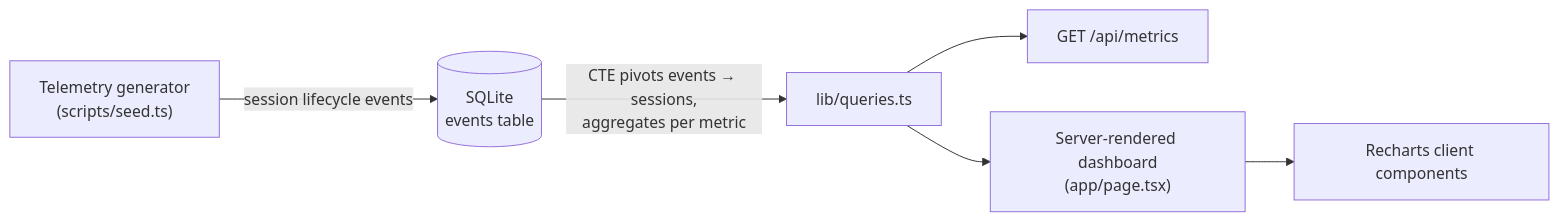
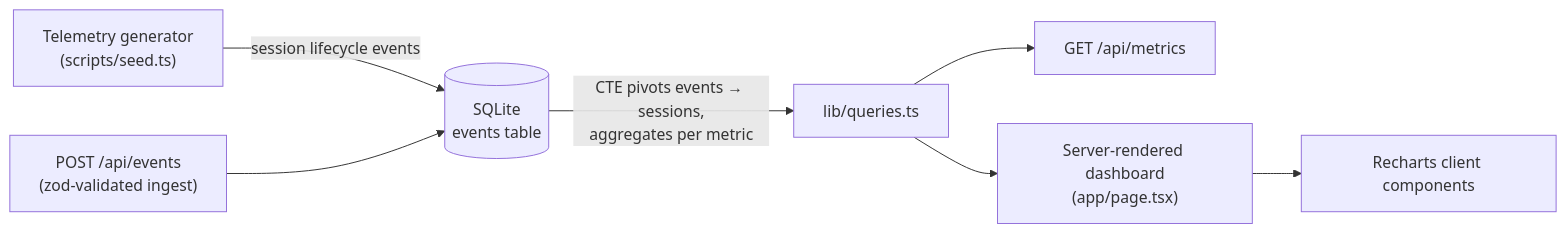
Before and after one commit to eccentricyash/callscope: the diagram in README.md, drawn with Mermaid. The commit also changed other lines of this file, not shown here.

Commit message:
docs: ingest api, testing and deploy notes

````diff
--- a/README.md
+++ b/README.md
@@ -38,8 +39,9 @@
 ```mermaid
 flowchart LR
     G["Telemetry generator\n(scripts/seed.ts)"] -->|"session lifecycle events"| DB[("SQLite\nevents table")]
+    I["POST /api/events\n(zod-validated ingest)"] --> DB
     DB -->|"CTE pivots events → sessions,\naggregates per metric"| Q["lib/queries.ts"]
     Q --> API["GET /api/metrics"]
     Q --> P["Server-rendered dashboard\n(app/page.tsx)"]
     P --> C["Recharts client components"]
 ```
````
